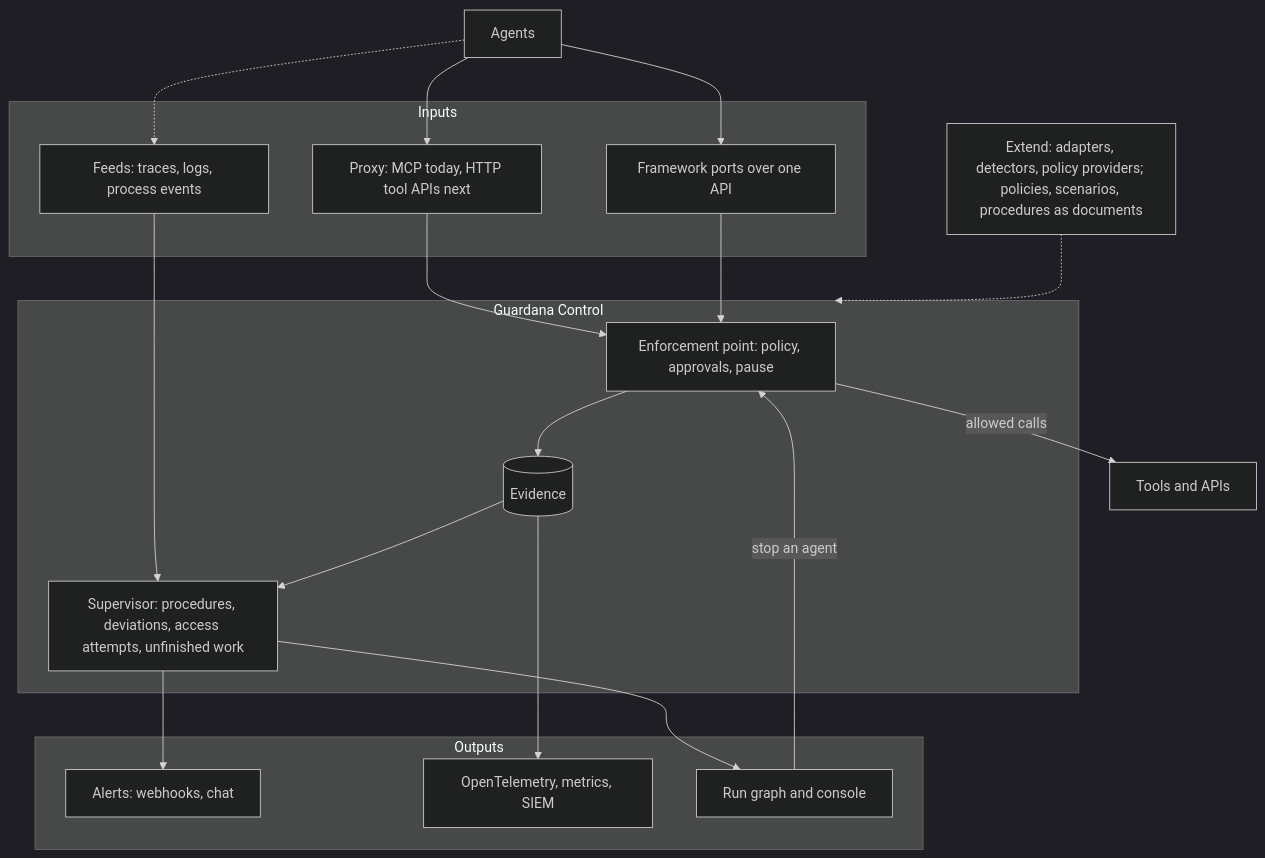
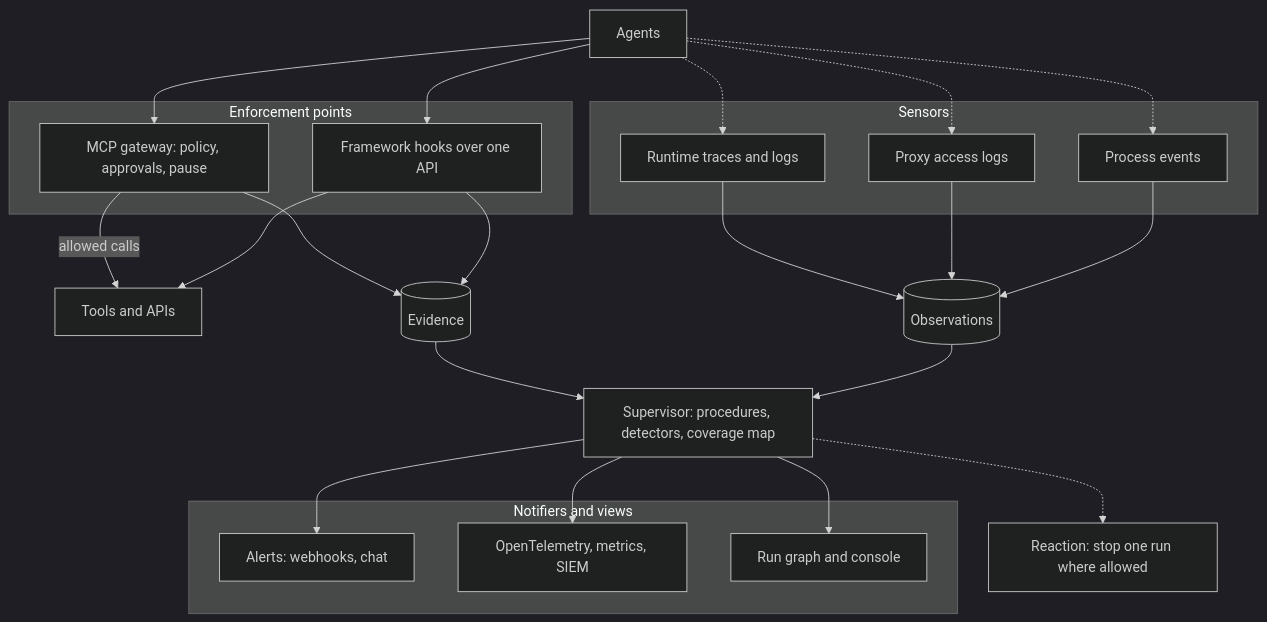
One commit to guardana/control changed the fourth of 4 diagrams in docs/concepts/architecture.md. Above: the diagram before and after it, drawn with Mermaid (dark theme). The commit also changed other lines of this file and 32 other files, not shown here.

````diff
--- a/docs/concepts/architecture.md
+++ b/docs/concepts/architecture.md
@@ -268,37 +270,43 @@
 ```mermaid
 flowchart TB
     accTitle: Where it is going
-    accDescr: A planned shape: agents reach tools through a proxy or framework ports and the enforcement point, feeds and evidence reach a supervisor, and alerts, exports and a run graph come out, with extensions added as adapters and documents.
+    accDescr: A planned shape. Agents act through enforcement points, the MCP gateway and framework hooks over one enforcement API, which decide before the effect and record evidence. Sensors bring in what runtimes, proxies and processes report afterwards, as observations. Detectors in the supervisor read both, map coverage and raise findings. Notifiers deliver findings; a reaction stops one run at the enforcement points where the operator allowed it.
     AG[Agents]
-    subgraph IN[Inputs]
-        PX["Proxy: MCP today, HTTP tool APIs next"]
-        PT["Framework ports over one API"]
-        FD["Feeds: traces, logs, process events"]
+    subgraph EP[Enforcement points]
+        MCP["MCP gateway: policy, approvals, pause"]
+        HK[Framework hooks over one API]
     end
-    subgraph CTL[Guardana Control]
-        PEP["Enforcement point: policy, approvals, pause"]
-        SV["Supervisor: procedures, deviations, access attempts, unfinished work"]
-        EV[(Evidence)]
+    subgraph SN[Sensors]
+        TR[Runtime traces and logs]
+        PX[Proxy access logs]
+        PR[Process events]
     end
-    subgraph OUT[Outputs]
+    TL[Tools and APIs]
+    EV[(Evidence)]
+    OB[(Observations)]
+    SV["Supervisor: procedures, detectors, coverage map"]
+    subgraph OUT[Notifiers and views]
         AL["Alerts: webhooks, chat"]
         EX["OpenTelemetry, metrics, SIEM"]
         GR[Run graph and console]
     end
-    TL[Tools and APIs]
-    XT["Extend: adapters, detectors, policy providers; policies, scenarios, procedures as documents"]
-    AG --> PX
-    AG --> PT
-    AG -.-> FD
-    PX --> PEP
-    PT --> PEP
-    PEP -->|allowed calls| TL
-    FD --> SV
-    PEP --> EV
+    RE["Reaction: stop one run where allowed"]
+    AG --> MCP
+    AG --> HK
+    MCP -->|allowed calls| TL
+    HK --> TL
+    AG -.-> TR
+    AG -.-> PX
+    AG -.-> PR
+    MCP --> EV
+    HK --> EV
+    TR --> OB
+    PX --> OB
+    PR --> OB
     EV --> SV
+    OB --> SV
     SV --> AL
-    EV --> EX
+    SV --> EX
     SV --> GR
-    GR -->|stop an agent| PEP
-    XT -.-> CTL
+    SV -.-> RE
 ```
````
